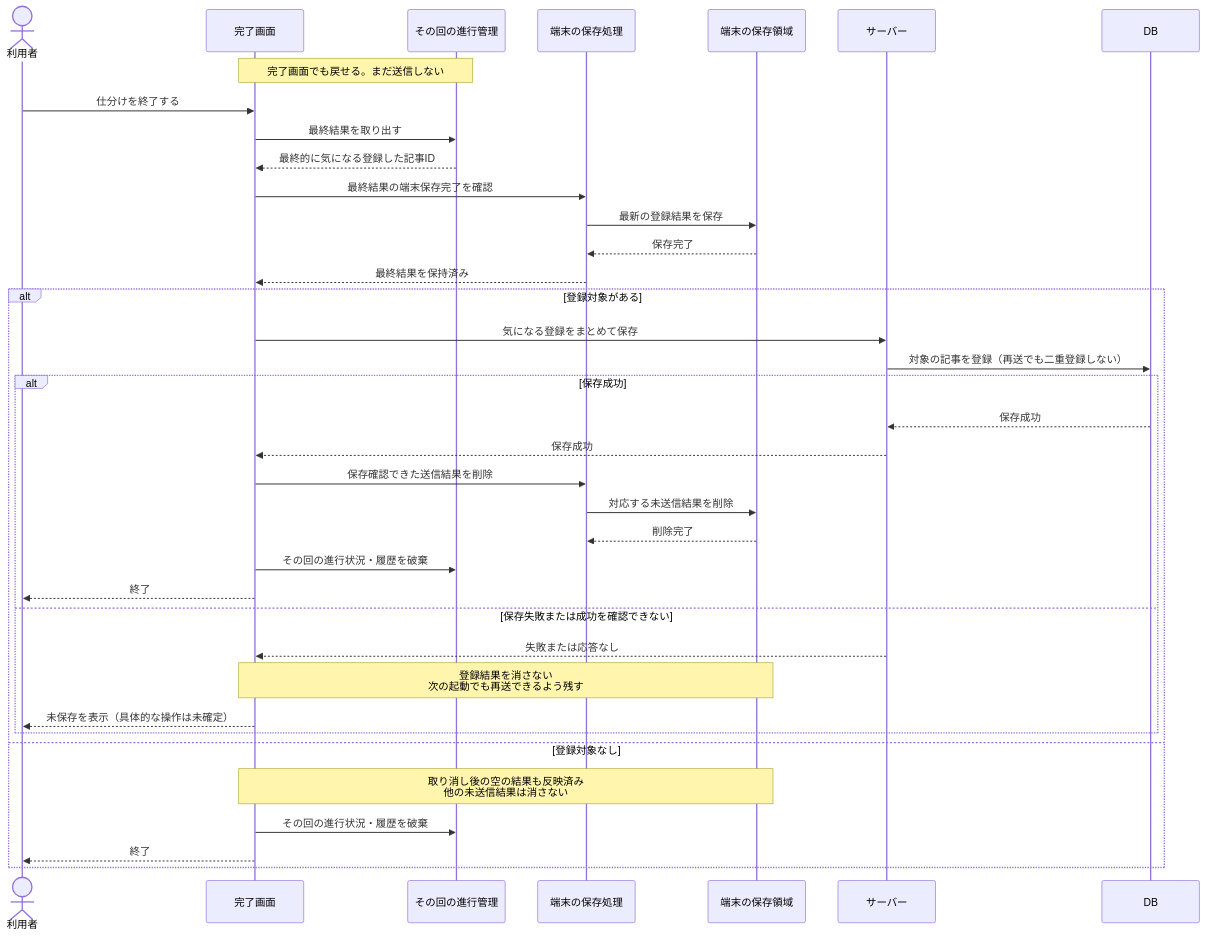
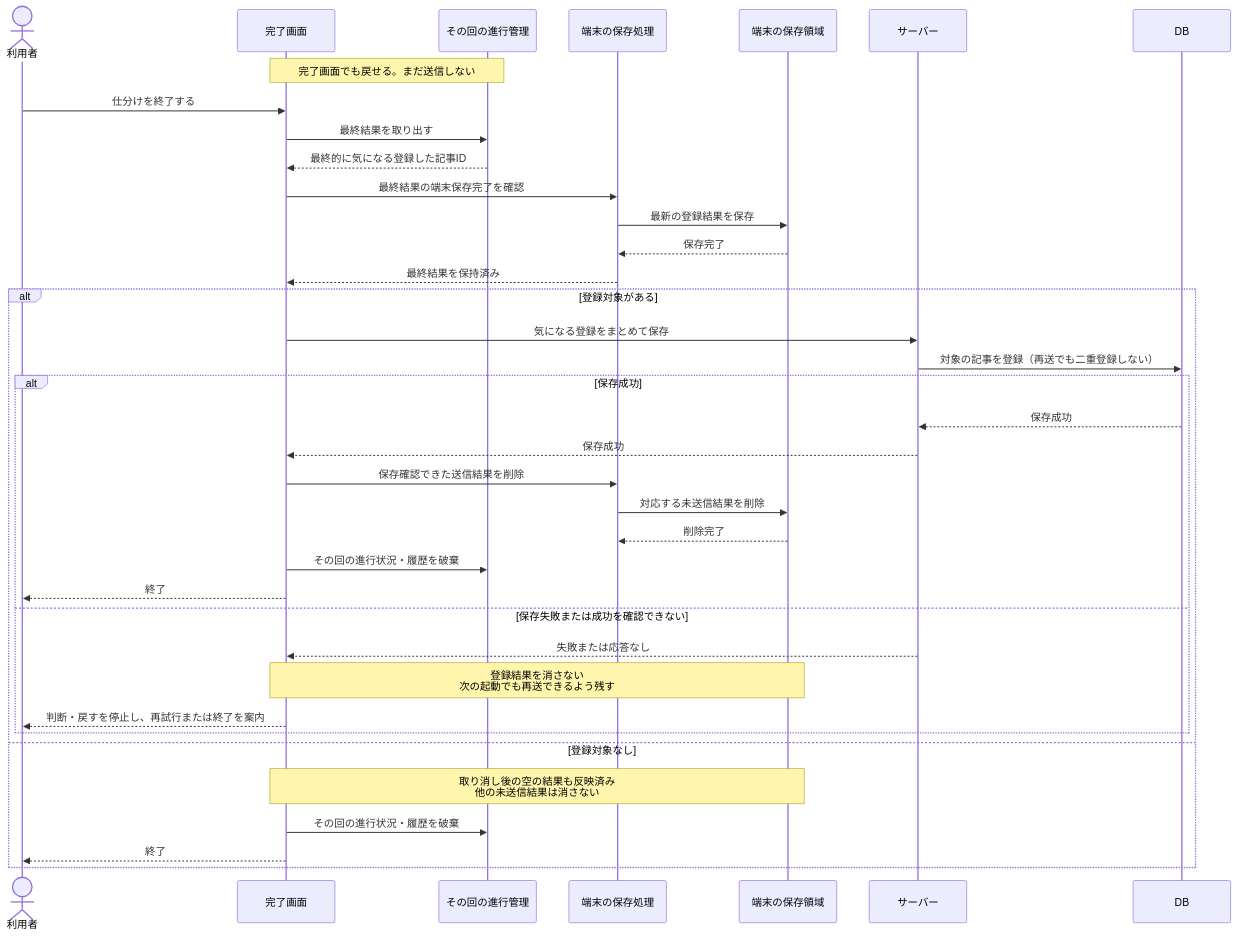
The third of 6 diagrams in docs/sequences.md (BeppuKanato/it-discovery), drawn with Mermaid before and after one commit. The commit also changed other lines of this file and 5 other files, not shown here.

Commit message:
docs: 確定ルールに合わせて状態遷移とシーケンス・クラス図を更新する

````diff
--- a/docs/sequences.md
+++ b/docs/sequences.md
@@ -119,41 +119,41 @@
 ```mermaid
 sequenceDiagram
     actor User as 利用者
     participant View as 完了画面
     participant Session as その回の進行管理
     participant Save as 端末の保存処理
     participant Local as 端末の保存領域
     participant Server as サーバー
     participant DB as DB
 
     Note over View,Session: 完了画面でも戻せる。まだ送信しない
     User->>View: 仕分けを終了する
     View->>Session: 最終結果を取り出す
     Session-->>View: 最終的に気になる登録した記事ID
     View->>Save: 最終結果の端末保存完了を確認
     Save->>Local: 最新の登録結果を保存
     Local-->>Save: 保存完了
     Save-->>View: 最終結果を保持済み
 
     alt 登録対象がある
         View->>Server: 気になる登録をまとめて保存
         Server->>DB: 対象の記事を登録（再送でも二重登録しない）
         alt 保存成功
             DB-->>Server: 保存成功
             Server-->>View: 保存成功
             View->>Save: 保存確認できた送信結果を削除
             Save->>Local: 対応する未送信結果を削除
             Local-->>Save: 削除完了
             View->>Session: その回の進行状況・履歴を破棄
             View-->>User: 終了
         else 保存失敗または成功を確認できない
             Server-->>View: 失敗または応答なし
             Note over View,Local: 登録結果を消さない<br/>次の起動でも再送できるよう残す
-            View-->>User: 未保存を表示（具体的な操作は未確定）
+            View-->>User: 判断・戻すを停止し、再試行または終了を案内
         end
     else 登録対象なし
         Note over View,Local: 取り消し後の空の結果も反映済み<br/>他の未送信結果は消さない
         View->>Session: その回の進行状況・履歴を破棄
         View-->>User: 終了
     end
 ```
````
